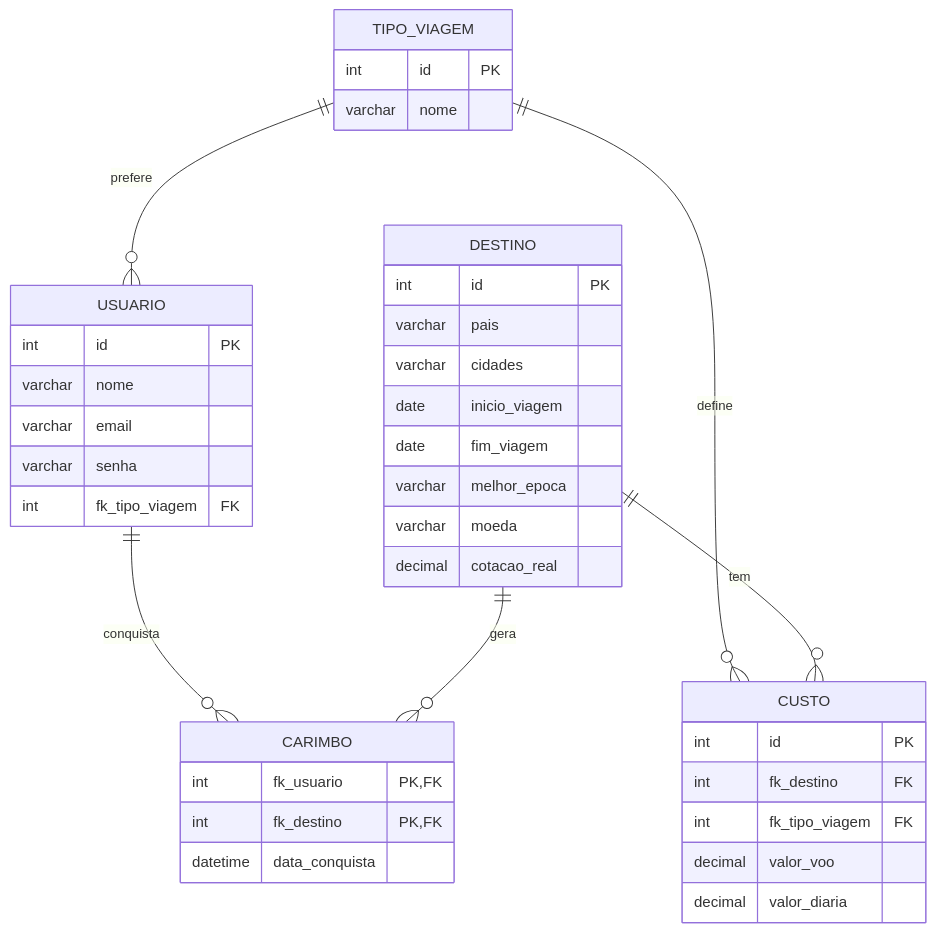
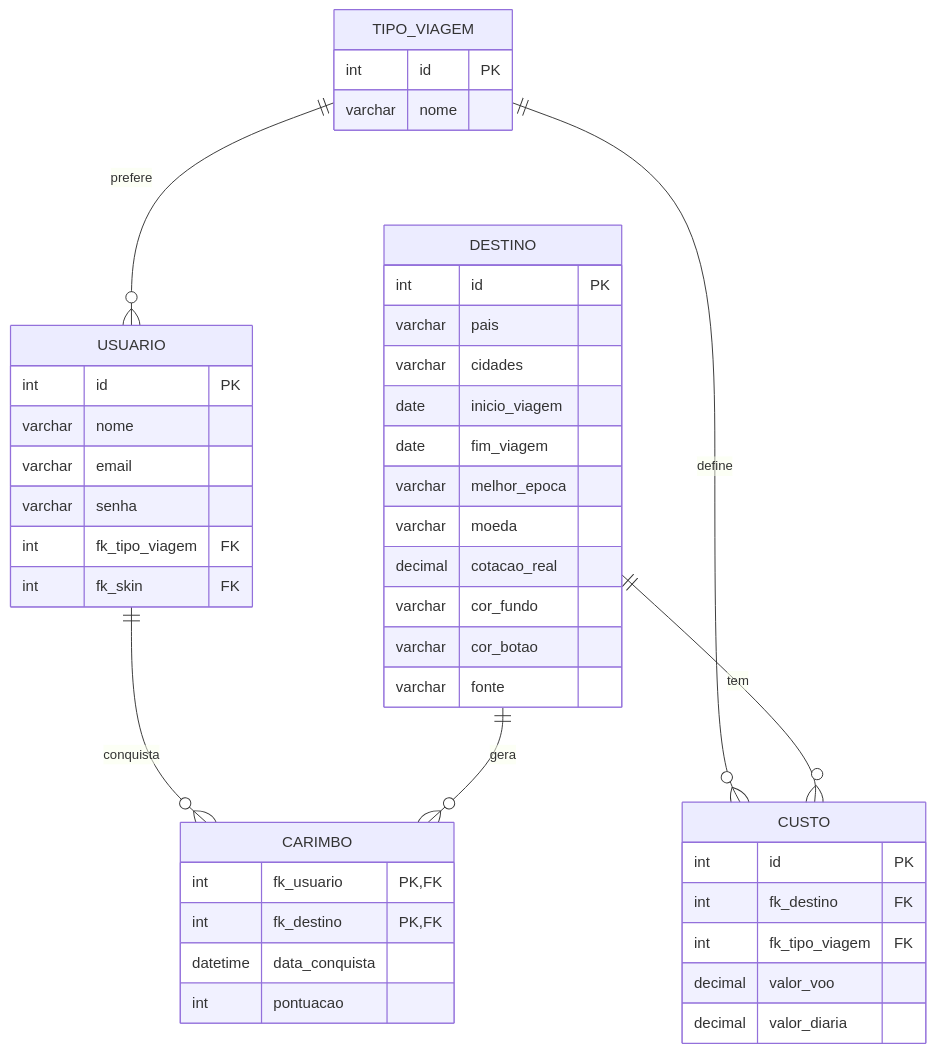
The third of 3 diagrams in README.md (FerKaGe/Passport), drawn with Mermaid before and after one commit. The commit also changed other lines of this file, not shown here.

````diff
--- a/README.md
+++ b/README.md
@@ -120,42 +126,47 @@
 ```mermaid
 erDiagram
     TIPO_VIAGEM ||--o{ USUARIO : prefere
     TIPO_VIAGEM ||--o{ CUSTO : define
     DESTINO ||--o{ CUSTO : tem
     USUARIO ||--o{ CARIMBO : conquista
     DESTINO ||--o{ CARIMBO : gera
 
     USUARIO {
         int id PK
         varchar nome
         varchar email
         varchar senha
         int fk_tipo_viagem FK
+        int fk_skin FK
     }
     TIPO_VIAGEM {
         int id PK
         varchar nome
     }
     DESTINO {
         int id PK
         varchar pais
         varchar cidades
         date inicio_viagem
         date fim_viagem
         varchar melhor_epoca
         varchar moeda
         decimal cotacao_real
+        varchar cor_fundo
+        varchar cor_botao
+        varchar fonte
     }
     CUSTO {
         int id PK
         int fk_destino FK
         int fk_tipo_viagem FK
         decimal valor_voo
         decimal valor_diaria
     }
     CARIMBO {
         int fk_usuario PK, FK
         int fk_destino PK, FK
         datetime data_conquista
+        int pontuacao
     }
 ```
````
